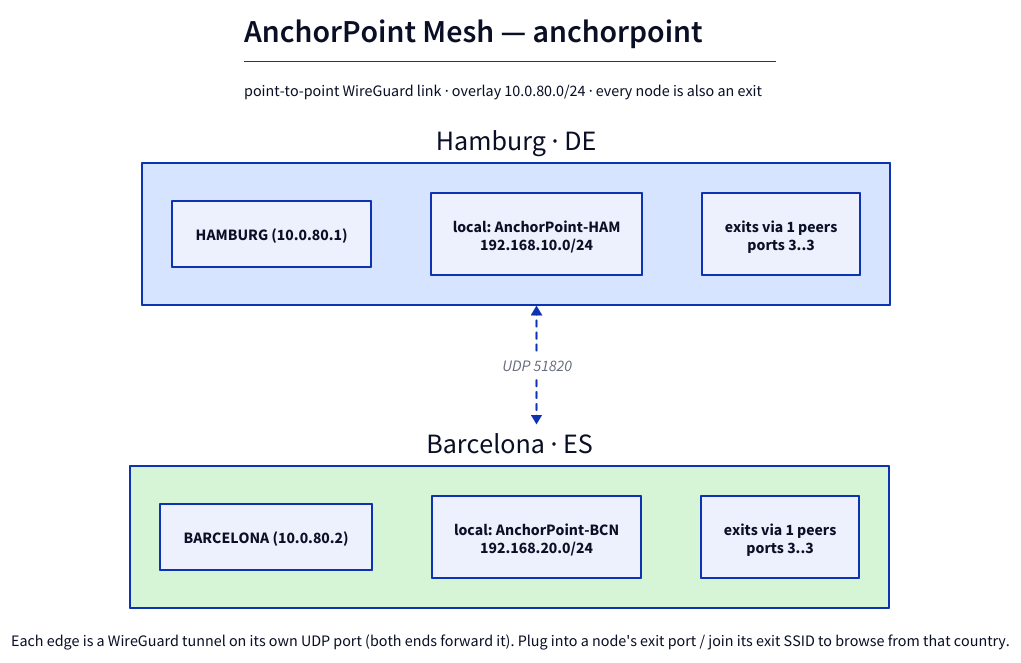
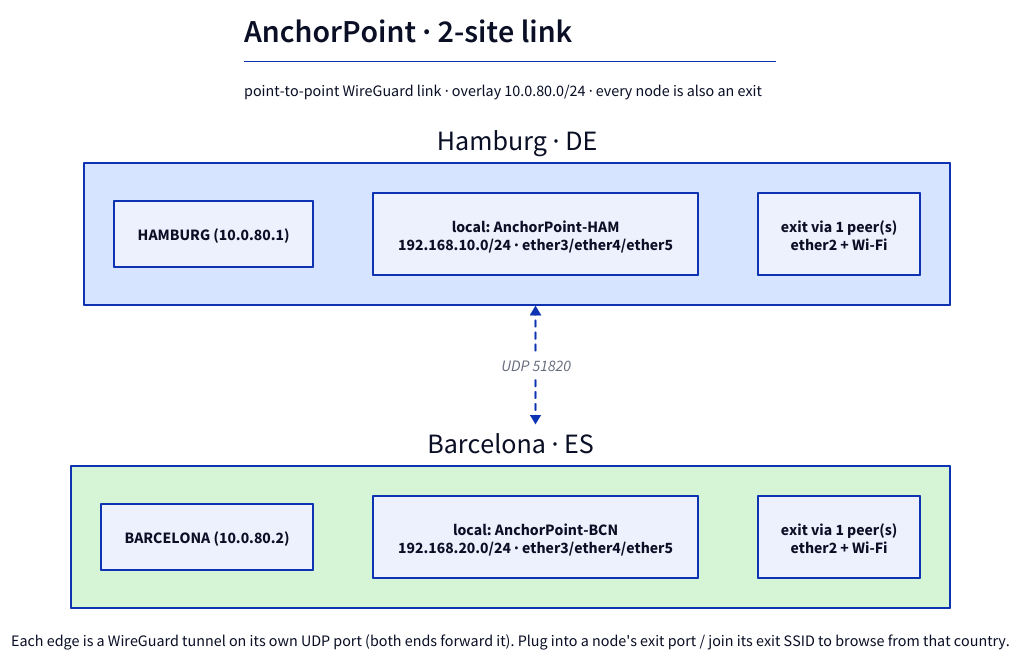
One commit to alex-xpertone/anchorpoint changed the diagram in examples/architecture.d2. Above: the diagram before and after it, drawn with D2. The commit also changed 3 other files, not shown here.

First line of the commit message:
docs: A4-landscape architecture diagram with title-block legend; fix generated diagram

```diff
--- a/examples/architecture.d2
+++ b/examples/architecture.d2
@@ -1,27 +1,27 @@
 # AnchorPoint Mesh — anchorpoint   # Render: scripts/render-diagrams.sh deployments/mesh/architecture.d2
 
 title: |md
-  # AnchorPoint Mesh — anchorpoint
+  # AnchorPoint · 2-site link
 point-to-point WireGuard link · overlay 10.0.80.0/24 · every node is also an exit
 | {near: top-center}
 
 hamburg: Hamburg · DE {
   style.fill: "#d6e4ff"
   id: "HAMBURG  (10.0.80.1)"
-  local: "local: AnchorPoint-HAM\n192.168.10.0/24"
-  exits: "exits via 1 peers\nports 3..3"
+  local: "local: AnchorPoint-HAM\n192.168.10.0/24 · ether3/ether4/ether5"
+  exits: "exit via 1 peer(s)\nether2 + Wi-Fi"
 }
 barcelona: Barcelona · ES {
   style.fill: "#d6f5d6"
   id: "BARCELONA  (10.0.80.2)"
-  local: "local: AnchorPoint-BCN\n192.168.20.0/24"
-  exits: "exits via 1 peers\nports 3..3"
+  local: "local: AnchorPoint-BCN\n192.168.20.0/24 · ether3/ether4/ether5"
+  exits: "exit via 1 peer(s)\nether2 + Wi-Fi"
 }
 
 # One WireGuard tunnel per unordered pair (dedupe: this.index < remote.index)
 hamburg <-> barcelona: "UDP 51820" {style.stroke-dash: 3}
 
 note: |md
   Each edge is a WireGuard tunnel on its own UDP port (both ends forward it).
   Plug into a node's exit port / join its exit SSID to browse from that country.
 | {near: bottom-center}
```
